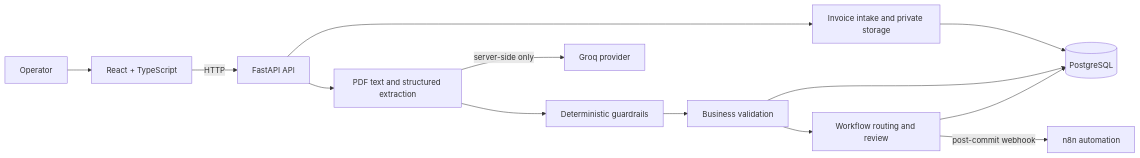
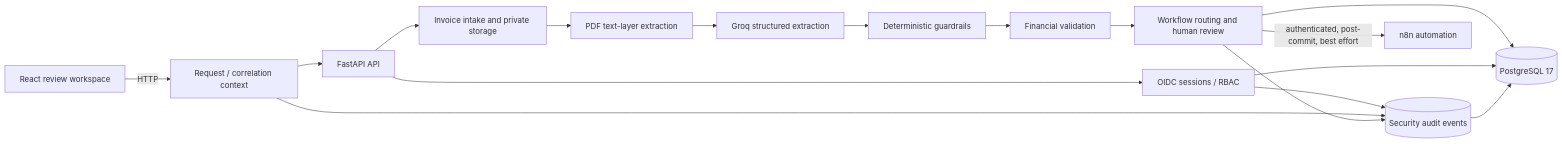
Before and after one commit to Mostafa-khaled11/invoiceflow-ai: the diagram in README.md, drawn with Mermaid. The commit also changed other lines of this file, not shown here.

Commit message:
docs(readme): showcase AI and software engineering architecture

````diff
--- a/README.md
+++ b/README.md
@@ -49,15 +68,19 @@
-~~~mermaid
+```mermaid
 flowchart LR
-    User[Operator] --> UI[React + TypeScript]
-    UI -->|HTTP| API[FastAPI API]
+    Browser[React review workspace] -->|HTTP| Context[Request / correlation context]
+    Context --> API[FastAPI API]
+    API --> Auth[OIDC sessions / RBAC]
     API --> Intake[Invoice intake and private storage]
-    API --> Extract[PDF text and structured extraction]
+    Intake --> Text[PDF text-layer extraction]
+    Text --> Extract[Groq structured extraction]
     Extract --> Guardrails[Deterministic guardrails]
-    Guardrails --> Validate[Business validation]
-    Validate --> Workflow[Workflow routing and review]
-    Intake --> DB[(PostgreSQL)]
-    Validate --> DB
-    Workflow --> DB
-    Workflow -->|post-commit webhook| N8N[n8n automation]
-    Extract -->|server-side only| LLM[Groq provider]
-~~~
+    Guardrails --> Validate[Financial validation]
+    Validate --> Workflow[Workflow routing and human review]
+    Auth --> Audit[(Security audit events)]
+    Context --> Audit
+    Workflow --> Audit
+    Workflow --> DB[(PostgreSQL 17)]
+    Auth --> DB
+    Audit --> DB
+    Workflow -->|authenticated, post-commit, best effort| N8N[n8n automation]
+```
````
